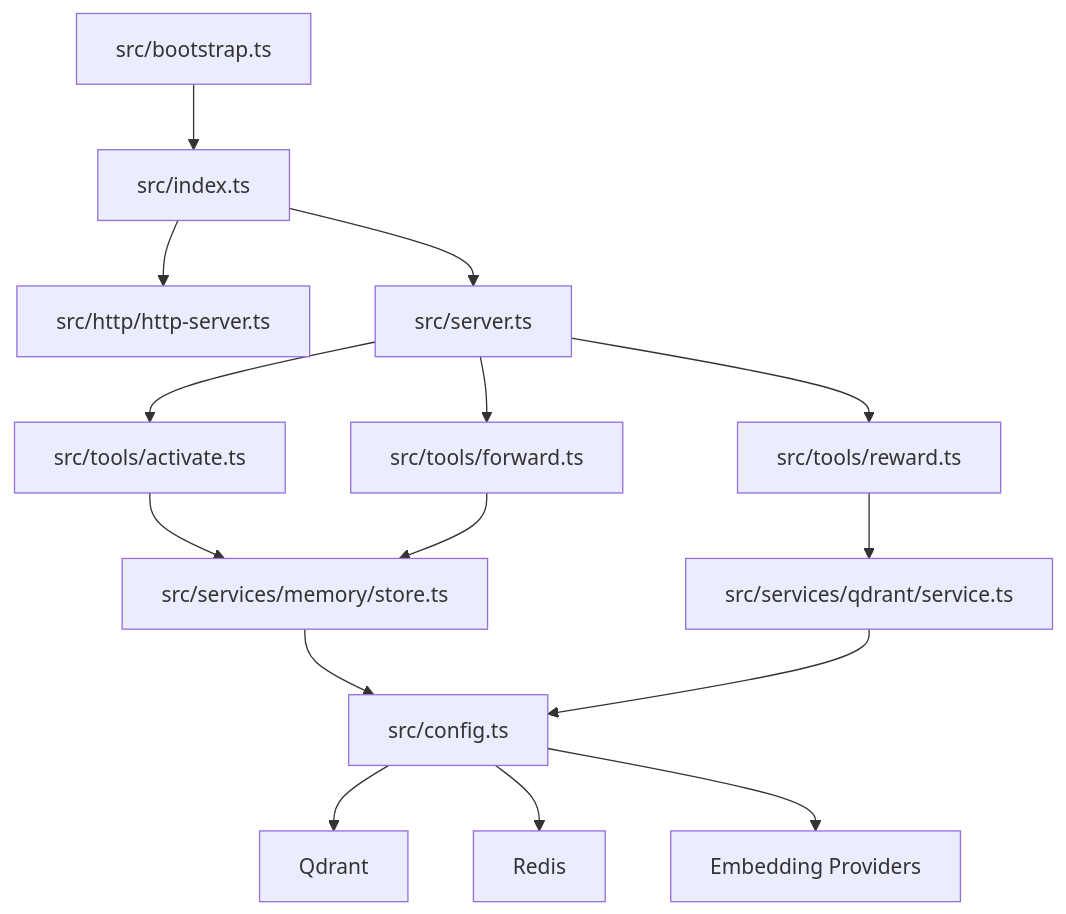
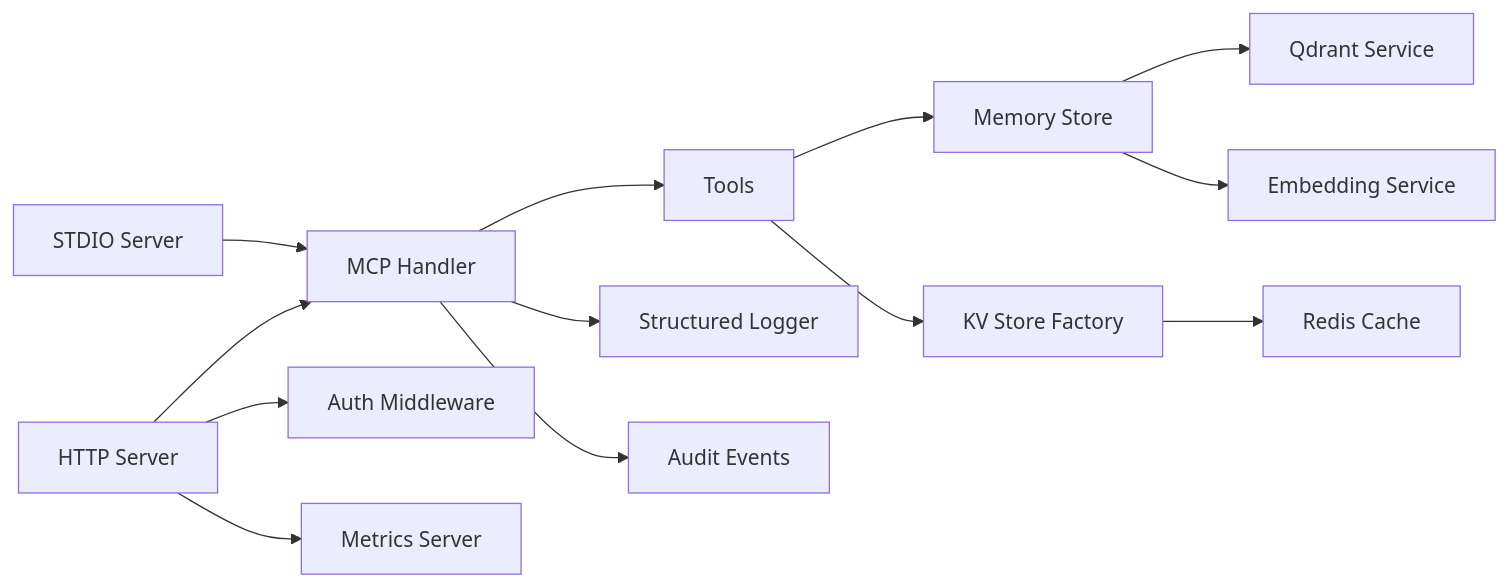
The ninth of 9 diagrams in .qoder/repowiki/en/content/Project Overview/Project Overview.md (debian777/kairos-mcp), drawn with Mermaid before and after one commit. The commit also changed other lines of this file and 724 other files, not shown here.

````diff
--- a/.qoder/repowiki/en/content/Project Overview/Project Overview.md
+++ b/.qoder/repowiki/en/content/Project Overview/Project Overview.md
@@ -364,17 +426,15 @@
 ```mermaid
-graph TB
-BOOT["src/bootstrap.ts"] --> ENTRY["src/index.ts"]
-ENTRY --> HTTP["src/http/http-server.ts"]
-ENTRY --> SERVER["src/server.ts"]
-SERVER --> ACT["src/tools/activate.ts"]
-SERVER --> FWD["src/tools/forward.ts"]
-SERVER --> RWD["src/tools/reward.ts"]
-ACT --> MEM["src/services/memory/store.ts"]
-FWD --> MEM
-RWD --> QDRANT["src/services/qdrant/service.ts"]
-MEM --> CFG["src/config.ts"]
-QDRANT --> CFG
-CFG --> QDRANT_DB["Qdrant"]
-CFG --> REDIS_DB["Redis"]
-CFG --> EMB["Embedding Providers"]
+graph LR
+HTTP["HTTP Server"] --> Handler["MCP Handler"]
+STDIO["STDIO Server"] --> Handler
+Handler --> Tools["Tools"]
+Tools --> Memory["Memory Store"]
+Memory --> Qdrant["Qdrant Service"]
+Memory --> Embedding["Embedding Service"]
+Tools --> KV["KV Store Factory"]
+KV --> Redis["Redis Cache"]
+HTTP --> Auth["Auth Middleware"]
+Handler --> Logger["Structured Logger"]
+Handler --> Audit["Audit Events"]
+HTTP --> Metrics["Metrics Server"]
 ```
````
